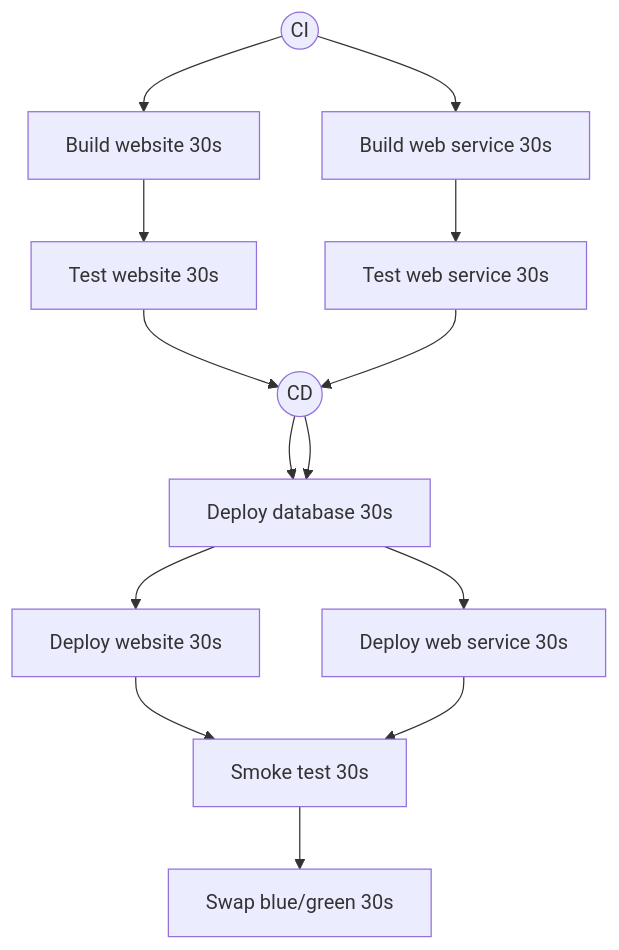
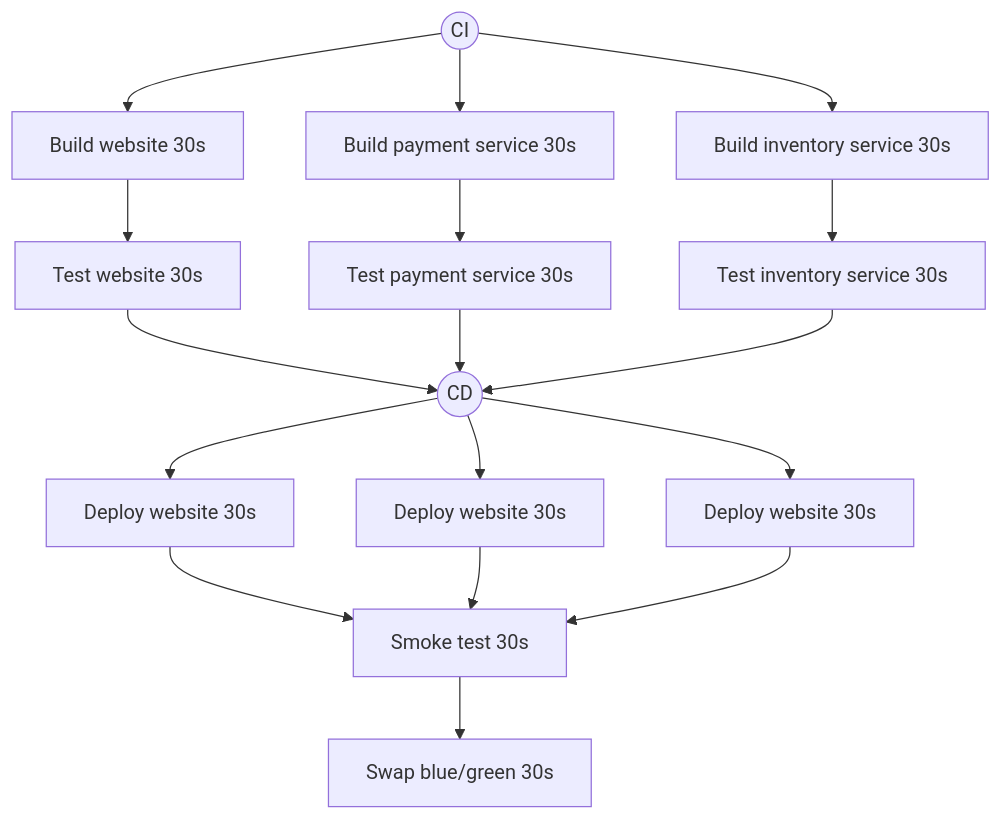
Before and after one commit to samsmithnz/ParallelPipelinesDemo: the second of 2 diagrams in README.md, drawn with Mermaid.

````diff
--- a/README.md
+++ b/README.md
@@ -12,6 +12,10 @@
 ```mermaid
   graph TD;
-      ci((CI))-->buildweb[Build website 30s]-->testWebsite[Test website 30s]-->cd((CD))-->deployDB[Deploy database 30s]-->deployWebsite[Deploy website 30s]-->smoke[Smoke test 30s];
-      ci((CI))-->buildwebservice[Build web service 30s]-->testsWebservice[Test web service 30s]-->cd((CD))-->deployDB[Deploy database 30s]-->deployWebService[Deploy web service 30s]-->smoke[Smoke test 30s];
-      smoke[Smoke test 30s]-->swap[Swap blue/green 30s];
+      ci((CI))-->buildWeb[Build website 30s]-->testWeb[Test website 30s]-->cd((CD));
+      ci((CI))-->buildPay[Build payment service 30s]-->testPay[Test payment service 30s]-->cd((CD));
+      ci((CI))-->buildInv[Build inventory service 30s]-->testInv[Test inventory service 30s]-->cd((CD));
+      cd((CD))-->deployWeb[Deploy website 30s]-->smoke[Smoke test 30s];
+      cd((CD))-->deployPay[Deploy website 30s]-->smoke[Smoke test 30s];
+      cd((CD))-->deployInv[Deploy website 30s]-->smoke[Smoke test 30s];
+      smoke[Smoke test 30s]-->swap[Swap blue/green 30s];      
 ```
````
